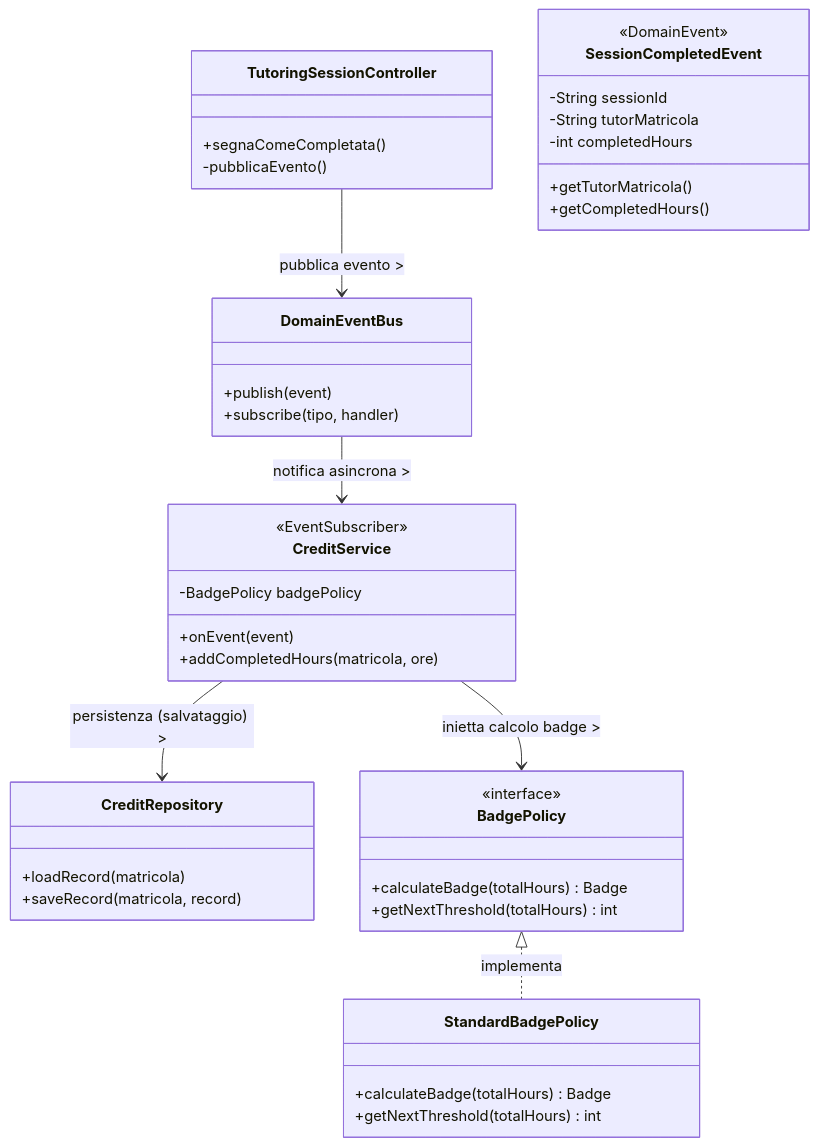
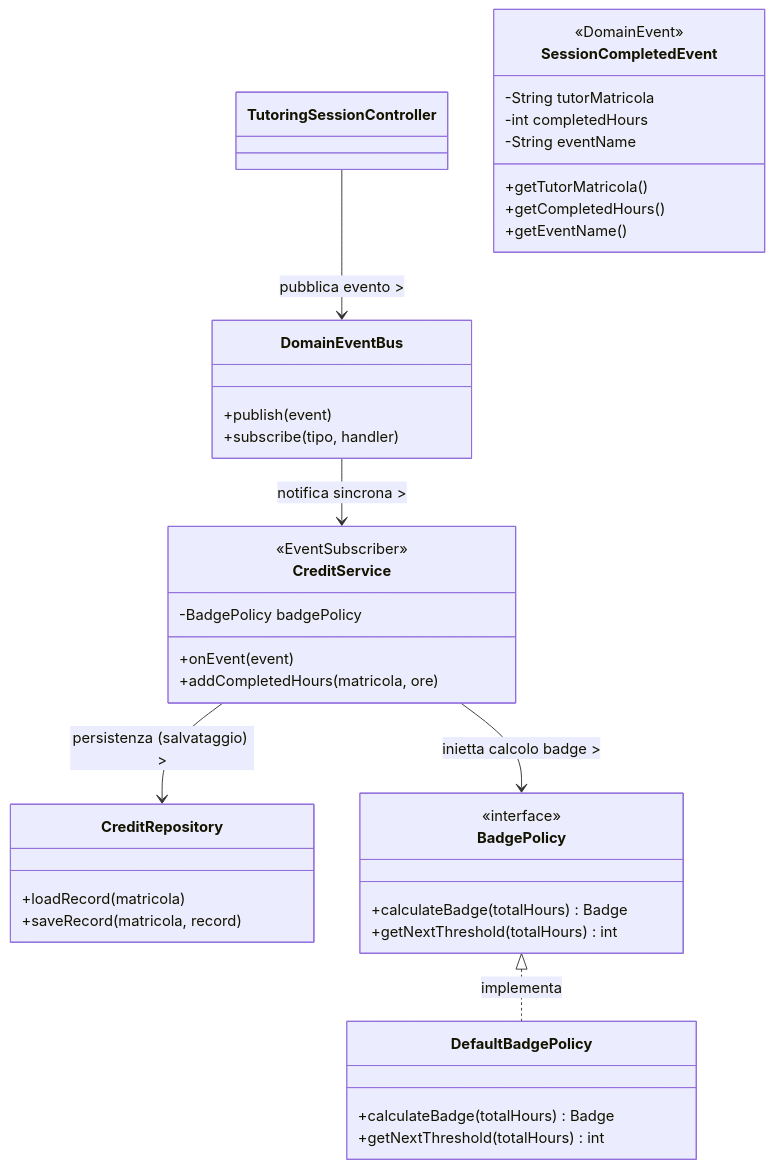
Before and after one commit to Sil2564/unibo_tutoring: the fifth of 9 diagrams in README.md, drawn with Mermaid. The commit also changed other lines of this file and 2 other files, not shown here.

````diff
--- a/README.md
+++ b/README.md
@@ -349,56 +350,55 @@
 ```mermaid
 classDiagram
     %% ============================================================
     %% DESIGN DETTAGLIATO - CREDITI & BADGE (NIKI)
     %% Pattern: Observer + Strategy
     %% ============================================================
 
     class TutoringSessionController {
-        +segnaComeCompletata()
-        -pubblicaEvento()
     }
 
     class SessionCompletedEvent {
-        -String sessionId
         -String tutorMatricola
         -int completedHours
+        -String eventName
         +getTutorMatricola()
         +getCompletedHours()
+        +getEventName()
     }
     <<DomainEvent>> SessionCompletedEvent
 
     class DomainEventBus {
         +publish(event)
         +subscribe(tipo, handler)
     }
 
     class CreditService {
         -BadgePolicy badgePolicy
         +onEvent(event)
         +addCompletedHours(matricola, ore)
     }
     <<EventSubscriber>> CreditService
 
     class CreditRepository {
         +loadRecord(matricola)
         +saveRecord(matricola, record)
     }
 
     class BadgePolicy {
         <<interface>>
         +calculateBadge(totalHours) Badge
         +getNextThreshold(totalHours) int
     }
 
-    class StandardBadgePolicy {
+    class DefaultBadgePolicy {
         +calculateBadge(totalHours) Badge
         +getNextThreshold(totalHours) int
     }
 
     %% RELAZIONI
     TutoringSessionController --> DomainEventBus : pubblica evento >
-    DomainEventBus --> CreditService : notifica asincrona >
+    DomainEventBus --> CreditService : notifica sincrona >
     CreditService --> CreditRepository : persistenza (salvataggio) >
     CreditService --> BadgePolicy : inietta calcolo badge >
-    BadgePolicy <|.. StandardBadgePolicy : implementa
+    BadgePolicy <|.. DefaultBadgePolicy : implementa
 ```
````
